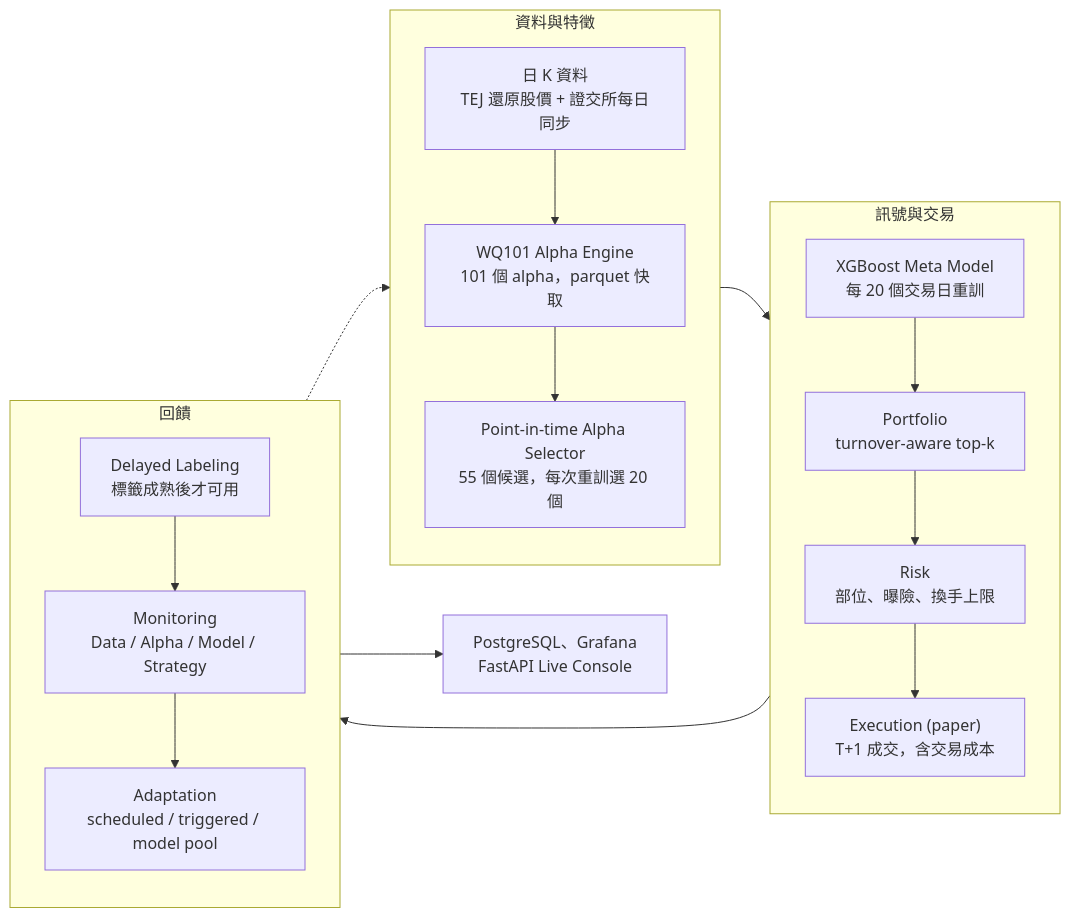
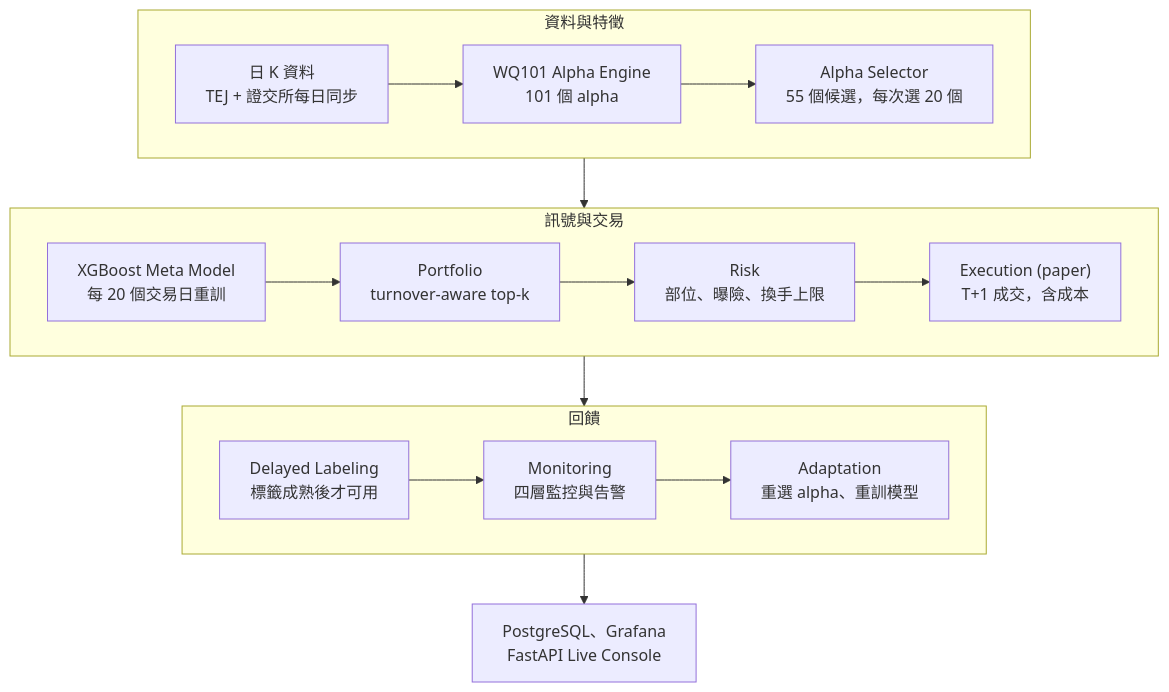
One commit to Haaaaaasi/Drift-aware-Real-time-Alpha-Monitoring-and-Adaptation-System changed the diagram in README.md. Above: the diagram before and after it, drawn with Mermaid. The commit also changed other lines of this file, not shown here.

Commit message:
調整 README 架構圖排版
原本的回饋邊在 Mermaid 排版時造成子圖順序錯亂，改為由上而下三列，
回饋改用文字說明。

````diff
--- a/README.md
+++ b/README.md
@@ -34,22 +34,17 @@
 ```mermaid
-flowchart LR
+flowchart TB
     subgraph S1["資料與特徵"]
-        direction TB
-        A1["日 K 資料<br/>TEJ 還原股價 + 證交所每日同步"] --> A2["WQ101 Alpha Engine<br/>101 個 alpha，parquet 快取"]
-        A2 --> A3["Point-in-time Alpha Selector<br/>55 個候選，每次重訓選 20 個"]
+        direction LR
+        A1["日 K 資料<br/>TEJ + 證交所每日同步"] --> A2["WQ101 Alpha Engine<br/>101 個 alpha"] --> A3["Alpha Selector<br/>55 個候選，每次選 20 個"]
     end
     subgraph S2["訊號與交易"]
-        direction TB
-        B1["XGBoost Meta Model<br/>每 20 個交易日重訓"] --> B2["Portfolio<br/>turnover-aware top-k"]
-        B2 --> B3["Risk<br/>部位、曝險、換手上限"]
-        B3 --> B4["Execution (paper)<br/>T+1 成交，含交易成本"]
+        direction LR
+        B1["XGBoost Meta Model<br/>每 20 個交易日重訓"] --> B2["Portfolio<br/>turnover-aware top-k"] --> B3["Risk<br/>部位、曝險、換手上限"] --> B4["Execution (paper)<br/>T+1 成交，含成本"]
     end
     subgraph S3["回饋"]
-        direction TB
-        C1["Delayed Labeling<br/>標籤成熟後才可用"] --> C2["Monitoring<br/>Data / Alpha / Model / Strategy"]
-        C2 --> C3["Adaptation<br/>scheduled / triggered / model pool"]
+        direction LR
+        C1["Delayed Labeling<br/>標籤成熟後才可用"] --> C2["Monitoring<br/>四層監控與告警"] --> C3["Adaptation<br/>重選 alpha、重訓模型"]
     end
     S1 --> S2 --> S3
-    S3 -.-> S1
     S3 --> OPS["PostgreSQL、Grafana<br/>FastAPI Live Console"]
 ```
````
